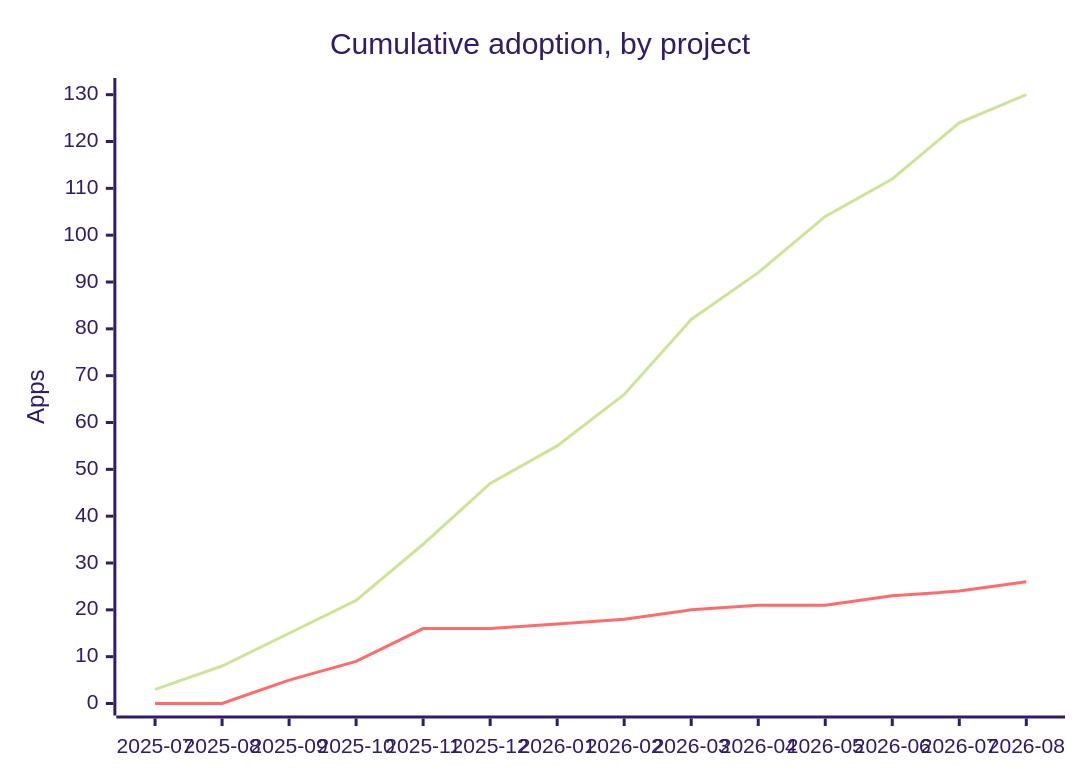
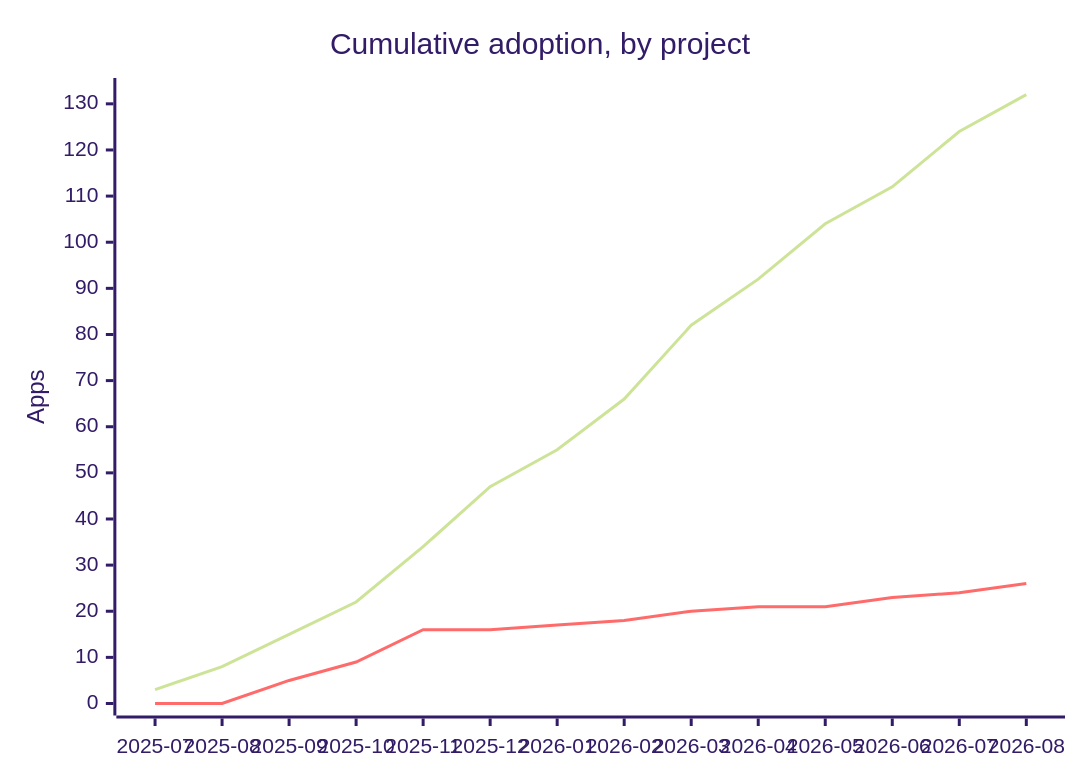
One commit to marcoroth/herb-corpus changed the first of 2 diagrams in README.md. Above: the diagram before and after it, drawn with Mermaid (forest theme). The commit also changed other lines of this file and 58 other files, not shown here.

````diff
--- a/README.md
+++ b/README.md
@@ -685,8 +690,8 @@
 ```mermaid
 xychart
   title "Cumulative adoption, by project"
   x-axis ["2025-07", "2025-08", "2025-09", "2025-10", "2025-11", "2025-12", "2026-01", "2026-02", "2026-03", "2026-04", "2026-05", "2026-06", "2026-07", "2026-08"]
-  y-axis "Apps" 0 --> 131
-  line [3, 8, 15, 22, 34, 47, 55, 66, 82, 92, 104, 112, 124, 130]
+  y-axis "Apps" 0 --> 133
+  line [3, 8, 15, 22, 34, 47, 55, 66, 82, 92, 104, 112, 124, 132]
   line [0, 0, 5, 9, 16, 16, 17, 18, 20, 21, 21, 23, 24, 26]
 ```
````
